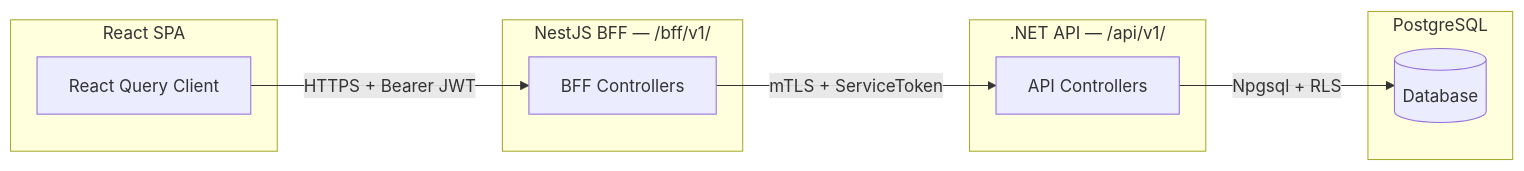
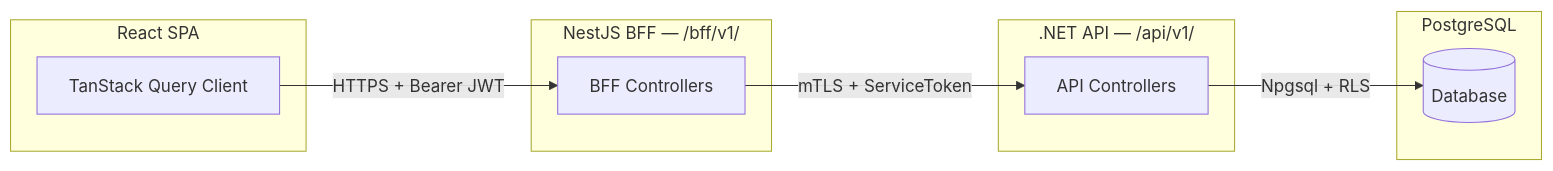
One commit to sukhesh035/employee_budget_allocation changed the sixth of 23 diagrams in docs/superpowers/specs/2026-04-17-employee-budget-allocation-design.md. Above: the diagram before and after it, drawn with Mermaid. The commit also changed other lines of this file and 11 other files, not shown here.

````diff
--- a/docs/superpowers/specs/2026-04-17-employee-budget-allocation-design.md
+++ b/docs/superpowers/specs/2026-04-17-employee-budget-allocation-design.md
@@ -407,19 +411,19 @@
 ```mermaid
 flowchart LR
     subgraph "React SPA"
-        A[React Query Client]
+        A[TanStack Query Client]
     end
     subgraph "NestJS BFF — /bff/v1/"
         B[BFF Controllers]
     end
     subgraph ".NET API — /api/v1/"
         C[API Controllers]
     end
     subgraph "PostgreSQL"
         D[(Database)]
     end
 
     A -->|"HTTPS + Bearer JWT"| B
     B -->|"mTLS + ServiceToken"| C
     C -->|"Npgsql + RLS"| D
 ```
````
